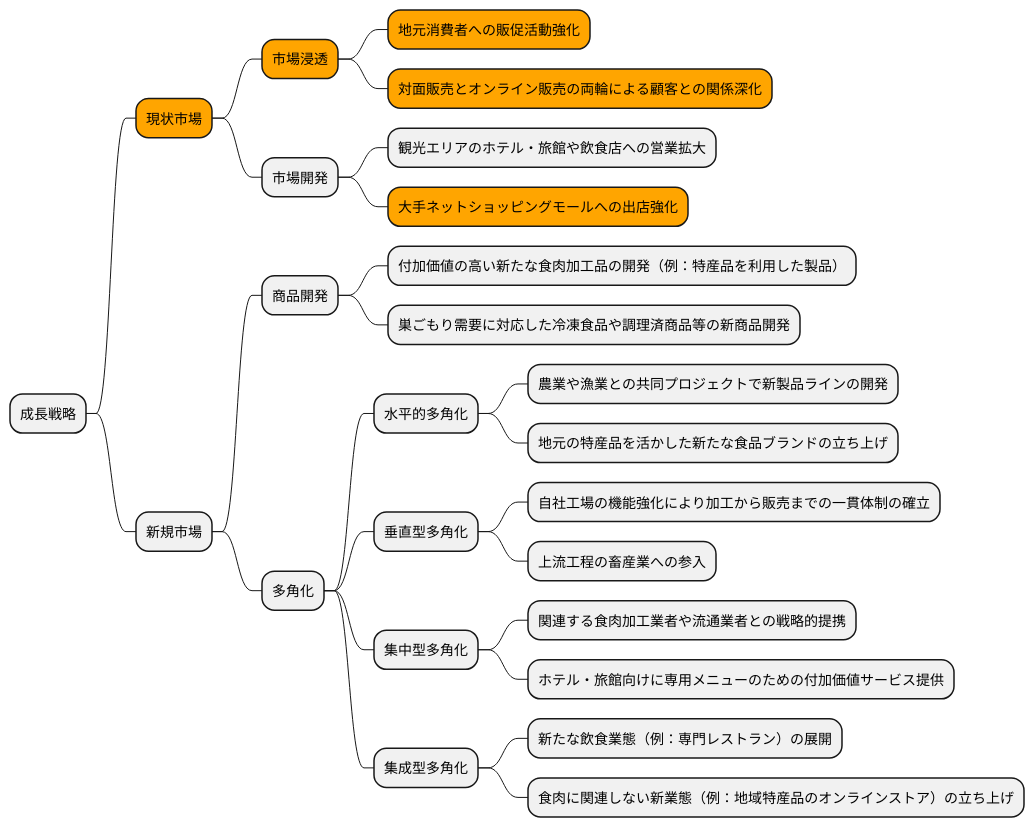
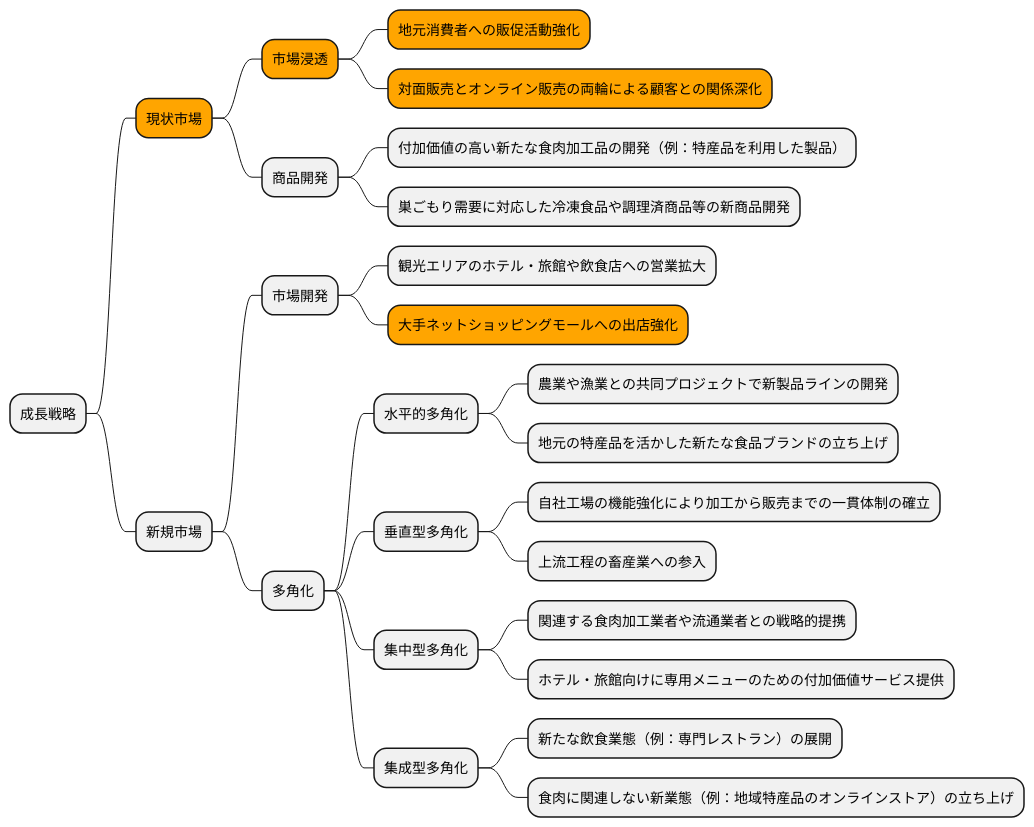
The sixth of 16 diagrams in docs/case/r04_case_2.adoc (k2works/case-sutudy-business-analysis), drawn with PlantUML before and after one commit. The commit also changed other lines of this file and 1 other file, not shown here.

```diff
--- a/docs/case/r04_case_2.adoc
+++ b/docs/case/r04_case_2.adoc
@@ -281,30 +281,30 @@
 [plantuml]
 ----
 @startmindmap
 * 成長戦略
 **[#orange] 現状市場
 ***[#orange] 市場浸透
 ****[#orange] 地元消費者への販促活動強化
 ****[#orange] 対面販売とオンライン販売の両輪による顧客との関係深化
+*** 商品開発
+**** 付加価値の高い新たな食肉加工品の開発（例：特産品を利用した製品）
+**** 巣ごもり需要に対応した冷凍食品や調理済商品等の新商品開発
+** 新規市場
 *** 市場開発
 **** 観光エリアのホテル・旅館や飲食店への営業拡大
 ****[#orange] 大手ネットショッピングモールへの出店強化
-** 新規市場
-*** 商品開発
-**** 付加価値の高い新たな食肉加工品の開発（例：特産品を利用した製品）
-**** 巣ごもり需要に対応した冷凍食品や調理済商品等の新商品開発
 *** 多角化
 **** 水平的多角化
 ***** 農業や漁業との共同プロジェクトで新製品ラインの開発
 ***** 地元の特産品を活かした新たな食品ブランドの立ち上げ
 **** 垂直型多角化
 ***** 自社工場の機能強化により加工から販売までの一貫体制の確立
 ***** 上流工程の畜産業への参入
 **** 集中型多角化
 ***** 関連する食肉加工業者や流通業者との戦略的提携
 ***** ホテル・旅館向けに専用メニューのための付加価値サービス提供
 **** 集成型多角化
 ***** 新たな飲食業態（例：専門レストラン）の展開
 ***** 食肉に関連しない新業態（例：地域特産品のオンラインストア）の立ち上げ
 @endmindmap
 ----
```
